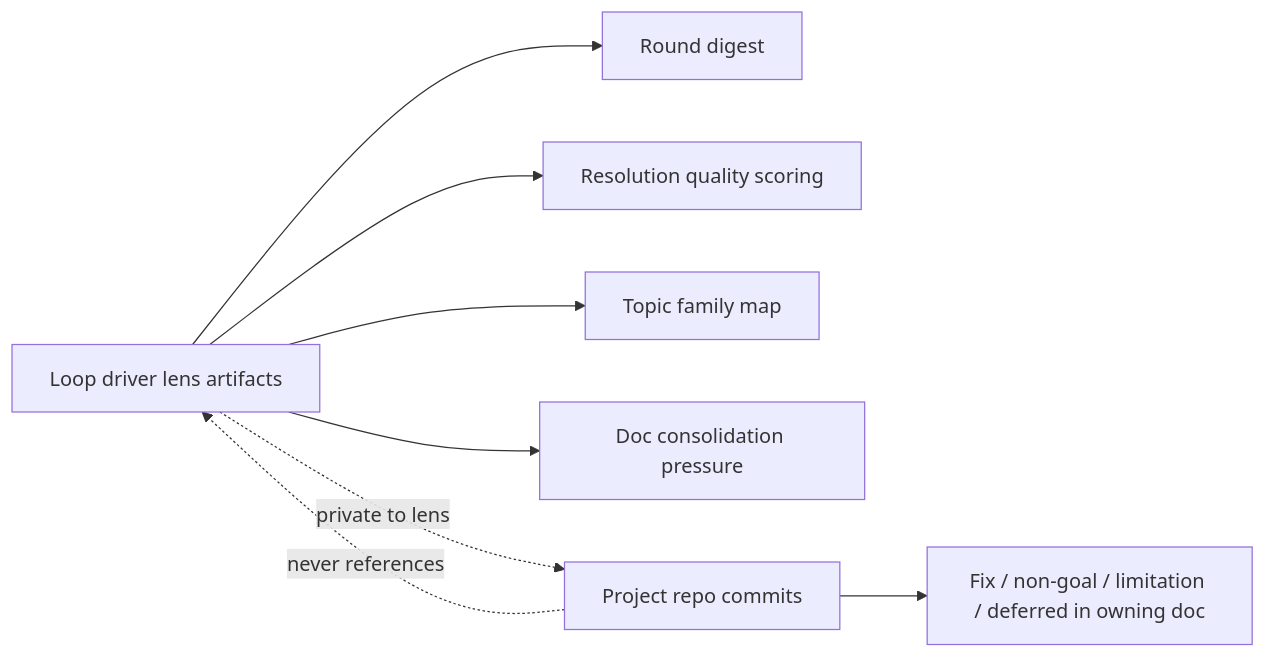
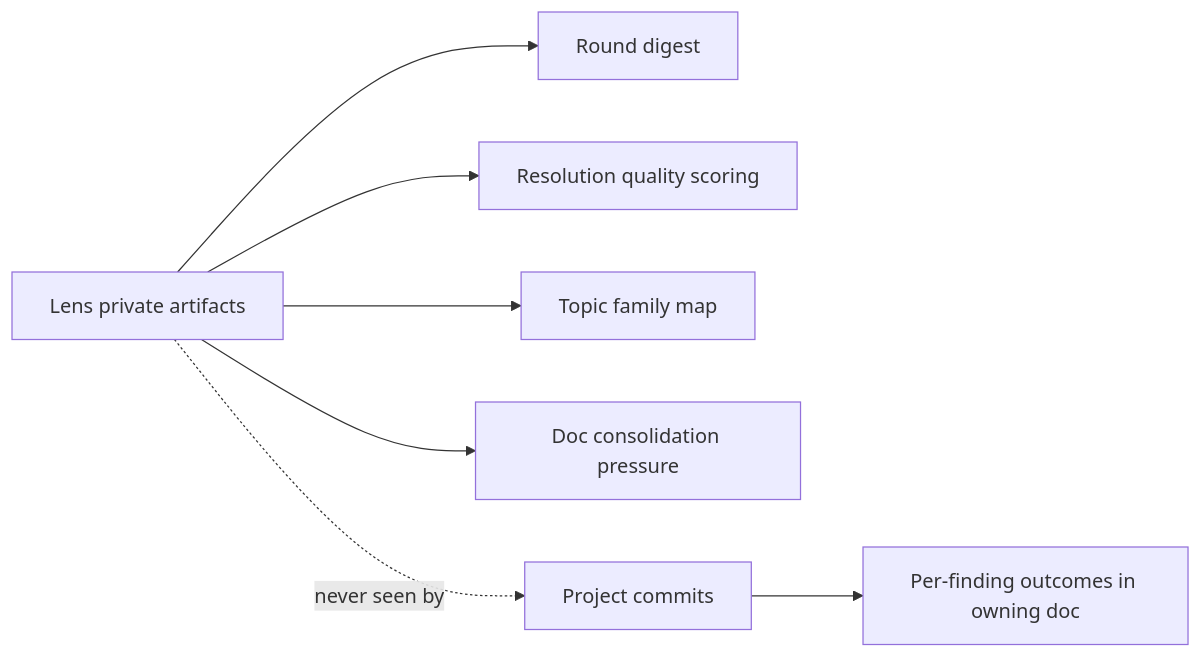
The diagram in procedure/convergence.md (1qh/lens), drawn with Mermaid before and after one commit. The commit also changed other lines of this file and 14 other files, not shown here.

````diff
--- a/procedure/convergence.md
+++ b/procedure/convergence.md
@@ -46,10 +5,9 @@
 ```mermaid
 flowchart LR
-    LoopDriver[Loop driver lens artifacts] --> RoundDigest[Round digest]
+    LoopDriver[Lens private artifacts] --> Digest[Round digest]
     LoopDriver --> Quality[Resolution quality scoring]
     LoopDriver --> Family[Topic family map]
     LoopDriver --> Pressure[Doc consolidation pressure]
-    Project[Project repo commits] --> Outcomes[Fix / non-goal / limitation / deferred in owning doc]
-    LoopDriver -.private to lens.-> Project
-    Project -.never references.-> LoopDriver
+    Project[Project commits] --> Outcomes[Per-finding outcomes in owning doc]
+    LoopDriver -.never seen by.-> Project
 ```
````
